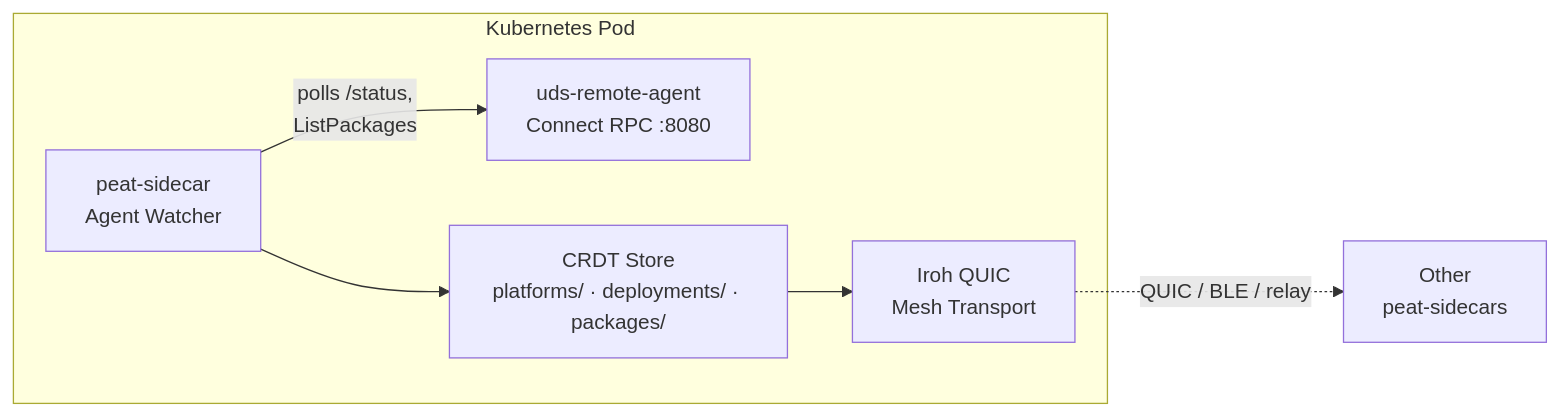
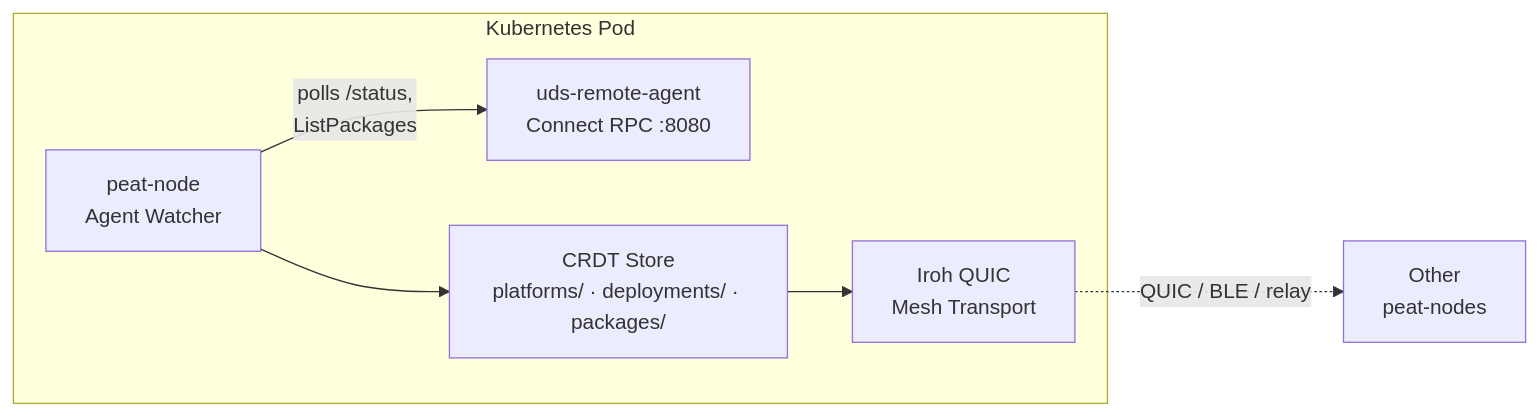
One commit to defenseunicorns/peat-node changed the fourth of 4 diagrams in docs/DESIGN.md. Above: the diagram before and after it, drawn with Mermaid. The commit also changed other lines of this file and 38 other files, not shown here.

First line of the commit message:
refactor: rename peat-sidecar to peat-node

````diff
--- a/docs/DESIGN.md
+++ b/docs/DESIGN.md
@@ -178,12 +178,12 @@
 ```mermaid
 graph LR
     subgraph pod["Kubernetes Pod"]
         agent["uds-remote-agent<br/>Connect RPC :8080"]
-        watcher["peat-sidecar<br/>Agent Watcher"]
+        watcher["peat-node<br/>Agent Watcher"]
         crdt["CRDT Store<br/>platforms/ · deployments/ · packages/"]
         mesh["Iroh QUIC<br/>Mesh Transport"]
     end
     watcher -- "polls /status,<br/>ListPackages" --> agent
     watcher --> crdt --> mesh
-    mesh -. "QUIC / BLE / relay" .-> others["Other<br/>peat-sidecars"]
+    mesh -. "QUIC / BLE / relay" .-> others["Other<br/>peat-nodes"]
 ```
````
